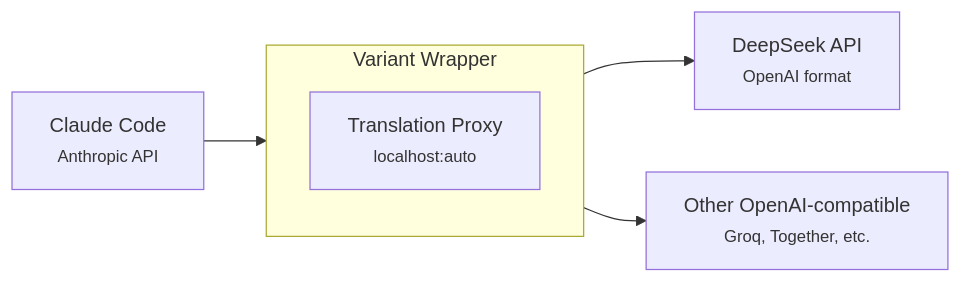
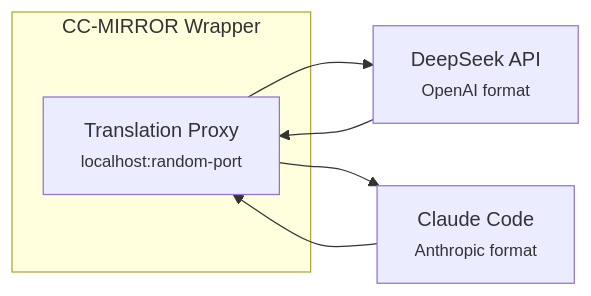
The first of 2 diagrams in README.md (hyukudan/cc-mirror), drawn with Mermaid before and after one commit. The commit also changed other lines of this file, not shown here.

````diff
--- a/README.md
+++ b/README.md
@@ -270,11 +196,12 @@
 ```mermaid
 flowchart LR
-    subgraph wrapper["Variant Wrapper"]
-        direction TB
-        proxy["Translation Proxy<br/><small>localhost:auto</small>"]
+    subgraph wrapper["CC-MIRROR Wrapper"]
+        proxy["Translation Proxy<br/><small>localhost:random-port</small>"]
     end
 
-    CC["Claude Code<br/><small>Anthropic API</small>"] --> proxy
+    CC["Claude Code<br/><small>Anthropic format</small>"] --> proxy
     proxy --> DS["DeepSeek API<br/><small>OpenAI format</small>"]
-    proxy --> Other["Other OpenAI-compatible<br/><small>Groq, Together, etc.</small>"]
+
+    DS --> proxy
+    proxy --> CC
 ```
````
